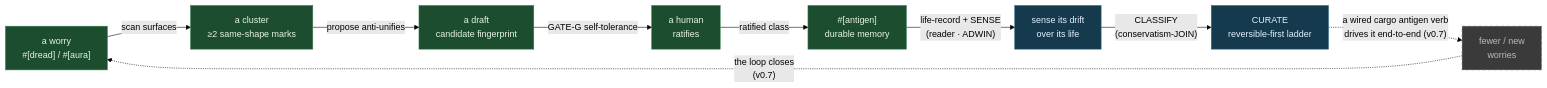
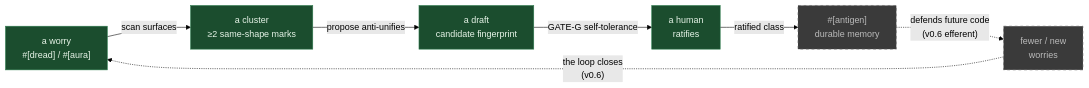
Before and after one commit to antigen-rs/antigen: the diagram in docs/the-learning-loop.md, drawn with Mermaid (forest theme). The commit also changed other lines of this file and 214 other files, not shown here.

````diff
--- a/docs/the-learning-loop.md
+++ b/docs/the-learning-loop.md
@@ -169,18 +161,14 @@
 ```mermaid
 graph LR
     W["a worry<br/>#[dread] / #[aura]"] -->|scan surfaces| C["a cluster<br/>≥2 same-shape marks"]
     C -->|propose anti-unifies| D["a draft<br/>candidate fingerprint"]
     D -->|GATE-G self-tolerance| H["a human<br/>ratifies"]
     H -->|ratified class| M["#[antigen]<br/>durable memory"]
-    M -->|"life-record + SENSE<br/>(reader · ADWIN)"| S["sense its drift<br/>over its life"]
-    S -->|"CLASSIFY<br/>(conservatism-JOIN)"| A["CURATE<br/>reversible-first ladder"]
-    A -.->|"a wired cargo antigen verb<br/>drives it end-to-end (v0.7)"| F["fewer / new<br/>worries"]
-    F -.->|"the loop closes<br/>(v0.7)"| W
+    M -.->|"defends future code<br/>(v0.6 efferent)"| F["fewer / new<br/>worries"]
+    F -.->|"the loop closes<br/>(v0.6)"| W
 
     classDef live fill:#1b4d2e,stroke:#2e7d4f,color:#e8f5e9
-    classDef lib fill:#15394d,stroke:#2e6f8f,color:#e3f2fd
     classDef ahead fill:#3a3a3a,stroke:#666,color:#bbb,stroke-dasharray: 5 5
-    class W,C,D,H,M live
-    class S,A lib
-    class F ahead
+    class W,C,D,H live
+    class M,F ahead
 ```
````
